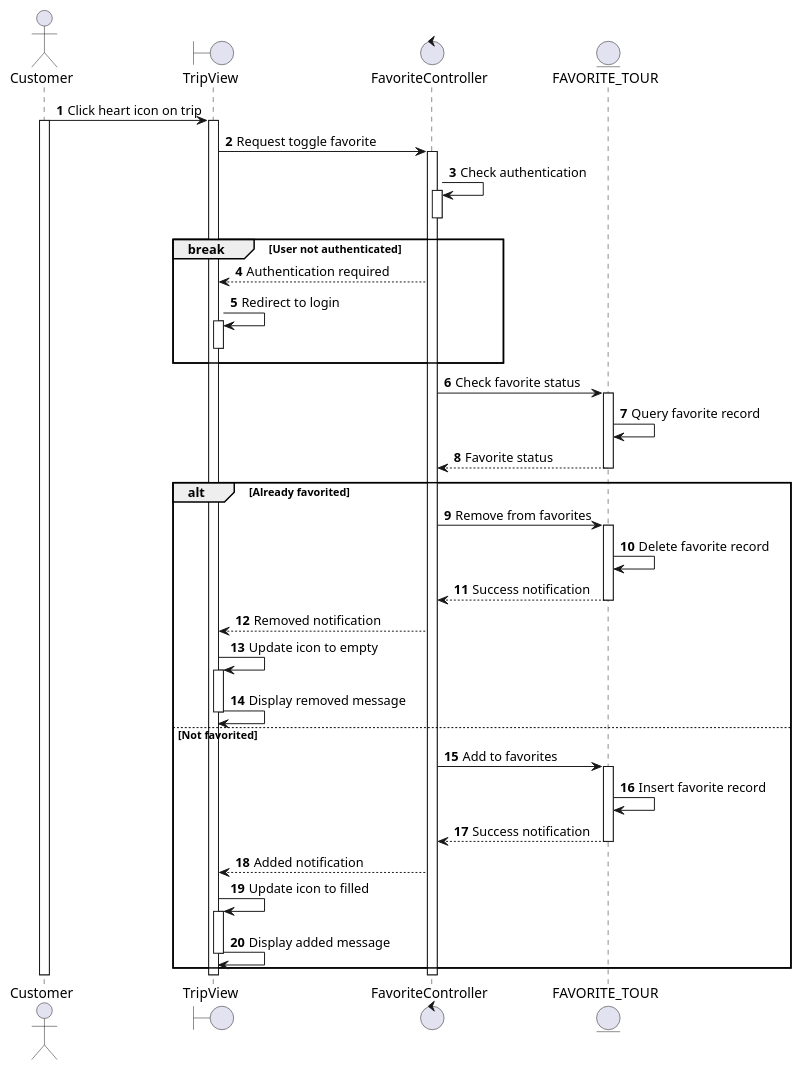
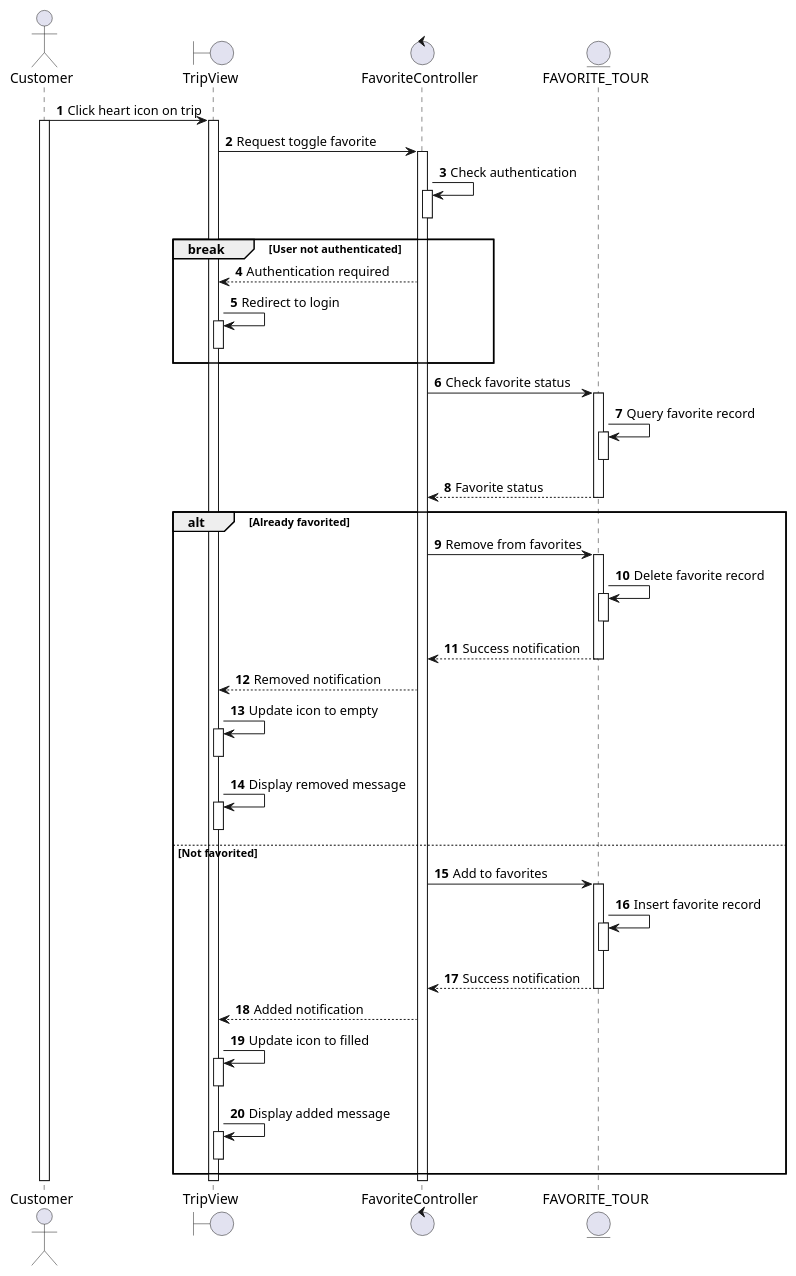
The diagram in docs/docs/sequence/adjust-favorite-trips/toggle-favorite-trip.md (se113-wm/se113-wm.github.io), drawn with PlantUML before and after one commit. The commit also changed 37 other files, not shown here.

First line of the commit message:
Refactor sequence diagrams for booking and trip management

````diff
--- a/docs/docs/sequence/adjust-favorite-trips/toggle-favorite-trip.md
+++ b/docs/docs/sequence/adjust-favorite-trips/toggle-favorite-trip.md
@@ -3,61 +3,71 @@
 ```plantuml
 @startuml
 autonumber
 
 actor Customer as C
 boundary TripView as TV
 control FavoriteController as FC
 entity FAVORITE_TOUR as FT
 
 C -> TV: Click heart icon on trip
 activate C
 activate TV
 TV -> FC: Request toggle favorite
 activate FC
 FC -> FC: Check authentication
 activate FC
 deactivate FC
 
 break User not authenticated
   TV <-- FC: Authentication required
   TV -> TV: Redirect to login
   activate TV
   deactivate TV
 end
 
 FC -> FT: Check favorite status
 activate FT
 FT -> FT: Query favorite record
+activate FT
+deactivate FT
 FC <-- FT: Favorite status
 deactivate FT
 
 alt Already favorited
   FC -> FT: Remove from favorites
   activate FT
   FT -> FT: Delete favorite record
+  activate FT
+  deactivate FT
   FC <-- FT: Success notification
   deactivate FT
   TV <-- FC: Removed notification
   TV -> TV: Update icon to empty
   activate TV
+  deactivate TV
   TV -> TV: Display removed message
+  activate TV
   deactivate TV
 else Not favorited
   FC -> FT: Add to favorites
   activate FT
   FT -> FT: Insert favorite record
+  activate FT
+  deactivate FT
   FC <-- FT: Success notification
   deactivate FT
   TV <-- FC: Added notification
   TV -> TV: Update icon to filled
   activate TV
+  deactivate TV
   TV -> TV: Display added message
+  activate TV
   deactivate TV
 end
 
 deactivate FC
 deactivate TV
 deactivate C
 
 @enduml
 ```
````
